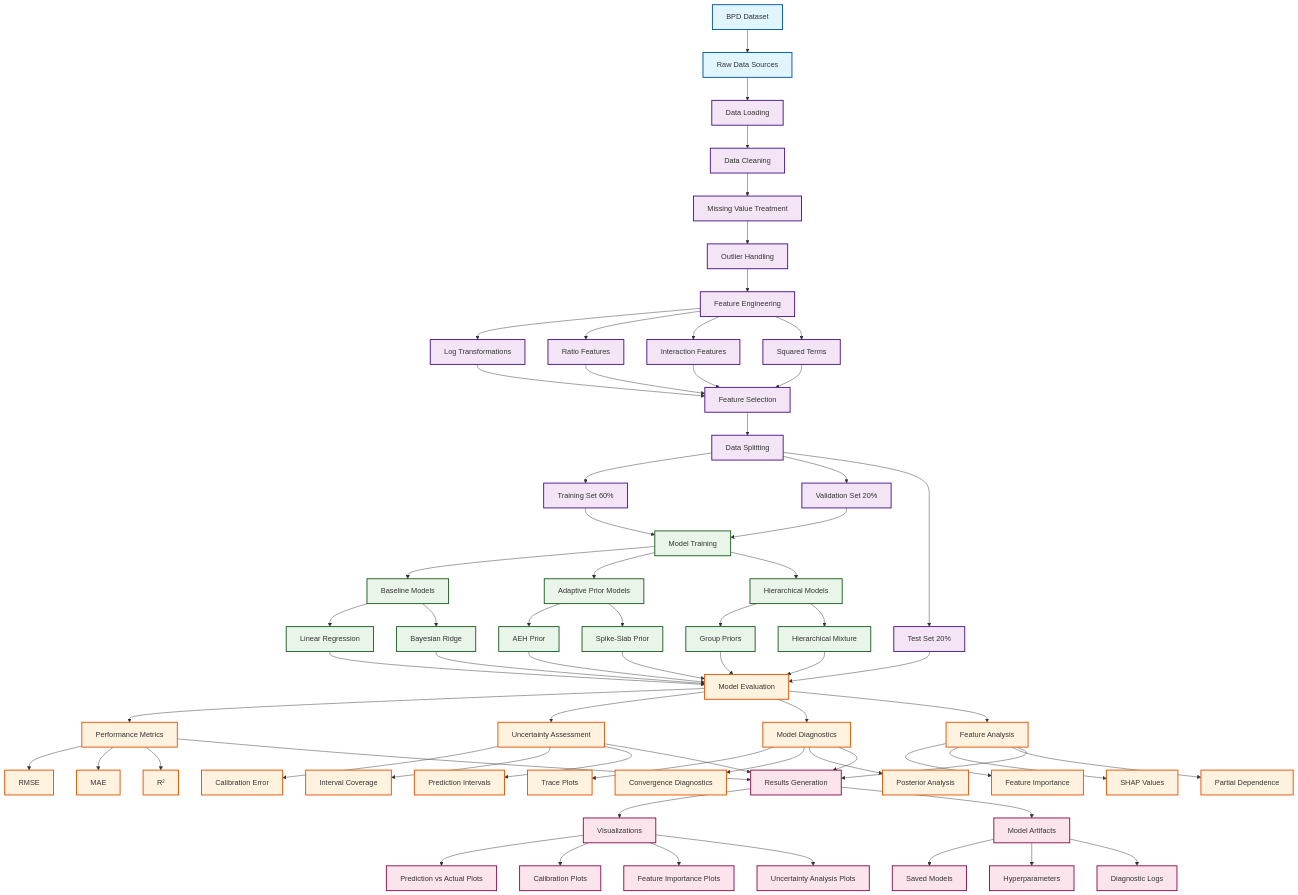
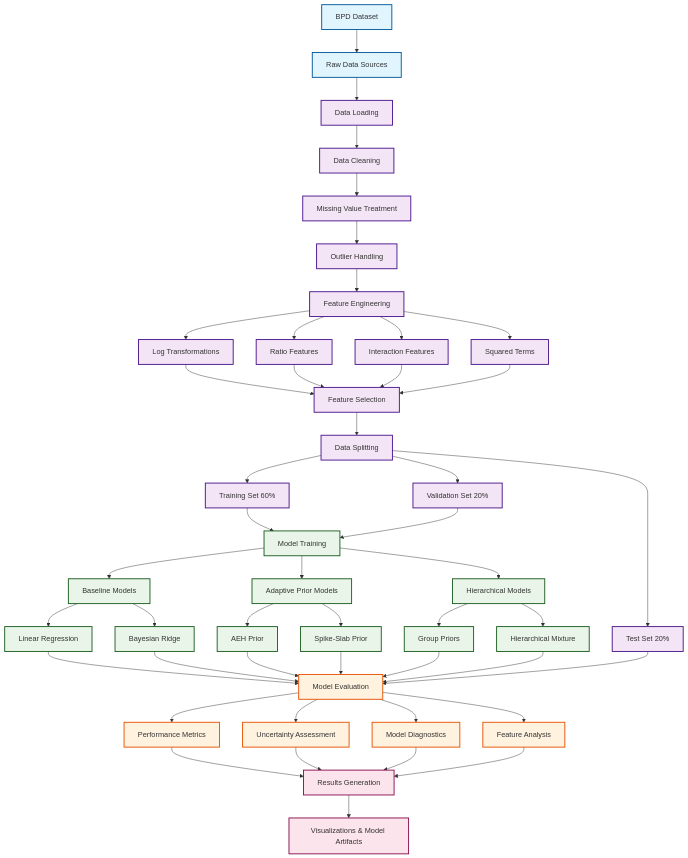
The diagram in bpd/V3_clean/DATA_PIPELINE.md (georgepaul171/Research-Project), drawn with Mermaid before and after one commit.

Commit message:
data pipeline diagram

````diff
--- a/bpd/V3_clean/DATA_PIPELINE.md
+++ b/bpd/V3_clean/DATA_PIPELINE.md
@@ -61,44 +61,18 @@
     
     H3 --> J
     
-    %% Evaluation Metrics
+    %% Evaluation and Results
     J --> K[Performance Metrics]
-    K --> K1[RMSE]
-    K --> K2[MAE]
-    K --> K3[R²]
+    J --> L[Uncertainty Assessment]
+    J --> M[Model Diagnostics]
+    J --> N[Feature Analysis]
     
-    J --> L[Uncertainty Assessment]
-    L --> L1[Calibration Error]
-    L --> L2[Interval Coverage]
-    L --> L3[Prediction Intervals]
-    
-    J --> M[Model Diagnostics]
-    M --> M1[Trace Plots]
-    M --> M2[Convergence Diagnostics]
-    M --> M3[Posterior Analysis]
-    
-    %% Feature Analysis
-    J --> N[Feature Analysis]
-    N --> N1[Feature Importance]
-    N --> N2[SHAP Values]
-    N --> N3[Partial Dependence]
-    
-    %% Results and Outputs
     K --> O[Results Generation]
     L --> O
     M --> O
     N --> O
     
-    O --> P[Visualizations]
-    P --> P1[Prediction vs Actual Plots]
-    P --> P2[Calibration Plots]
-    P --> P3[Feature Importance Plots]
-    P --> P4[Uncertainty Analysis Plots]
-    
-    O --> Q[Model Artifacts]
-    Q --> Q1[Saved Models]
-    Q --> Q2[Hyperparameters]
-    Q --> Q3[Diagnostic Logs]
+    O --> P[Visualizations & Model Artifacts]
     
     %% Styling
     classDef dataSource fill:#e1f5fe,stroke:#01579b,stroke-width:2px
@@ -110,6 +84,6 @@
     class A,A1 dataSource
     class B,C,D,E,F,F1,F2,F3,F4,G,H,H1,H2,H3 processing
     class I,I1,I2,I3,I1a,I1b,I2a,I2b,I3a,I3b model
-    class J,K,L,M,N,K1,K2,K3,L1,L2,L3,M1,M2,M3,N1,N2,N3 evaluation
-    class O,P,Q,P1,P2,P3,P4,Q1,Q2,Q3 output
+    class J,K,L,M,N evaluation
+    class O,P output
 ```
````
